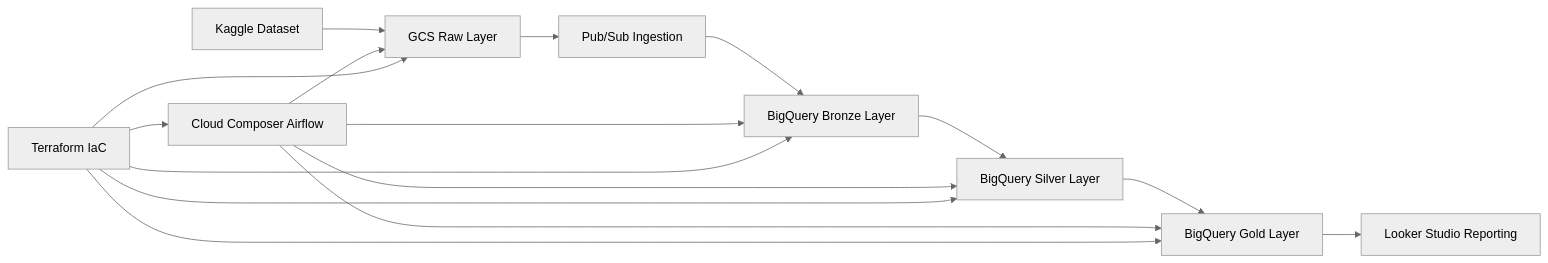
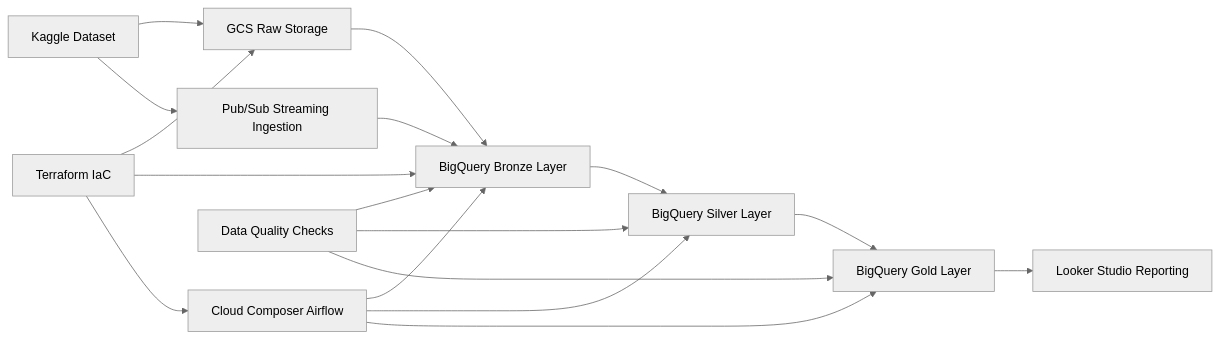
One commit to gaurabdawn/regulatory_reporting_on_gcp changed the diagram in readme.md. Above: the diagram before and after it, drawn with Mermaid (neutral theme).

````diff
--- a/readme.md
+++ b/readme.md
@@ -4,22 +4,34 @@
 ```mermaid
 flowchart LR
-    A[Kaggle Dataset] --> B[GCS Raw Layer]
 
-    B --> C[Pub/Sub Ingestion]
-    C --> D[BigQuery Bronze Layer]
+    %% ---------------- INGESTION ----------------
+    A[Kaggle Dataset] --> B[GCS Raw Storage]
+
+    A --> C[Pub/Sub Streaming Ingestion]
+
+    %% ---------------- BRONZE ----------------
+    B --> D[BigQuery Bronze Layer]
+    C --> D
+
+    %% ---------------- TRANSFORM ----------------
     D --> E[BigQuery Silver Layer]
     E --> F[BigQuery Gold Layer]
 
+    %% ---------------- SERVING ----------------
     F --> G[Looker Studio Reporting]
 
-    H[Cloud Composer Airflow] --> B
-    H --> D
+    %% ---------------- ORCHESTRATION ----------------
+    H[Cloud Composer Airflow] --> D
     H --> E
     H --> F
 
-    I[Terraform IaC] --> B
-    I --> D
+    %% ---------------- GOVERNANCE ----------------
+    I[Data Quality Checks] --> D
     I --> E
     I --> F
-    I --> H
+
+    %% ---------------- INFRA ----------------
+    J[Terraform IaC] --> B
+    J --> D
+    J --> H
 ```
````
